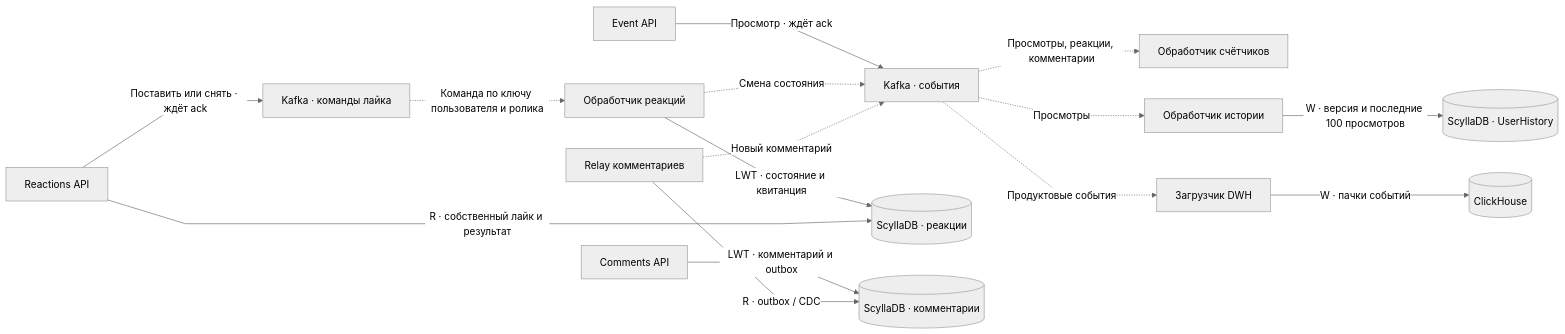
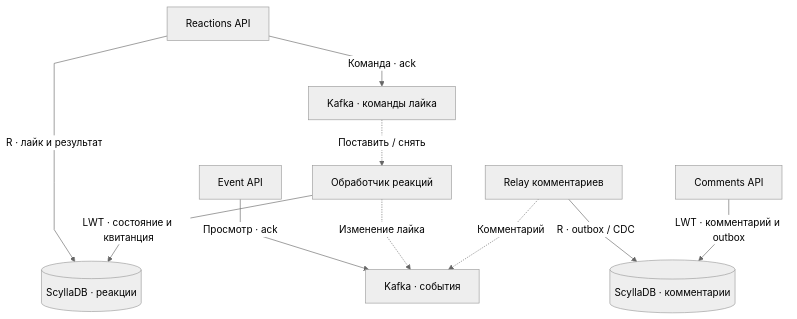
One commit to pavel-ladygin/highload_tp changed diagram 14 of 15 in README.md. Above: the diagram before and after it, drawn with Mermaid (neutral theme). The commit also changed other lines of this file, not shown here.

````diff
--- a/README.md
+++ b/README.md
@@ -982,18 +983,13 @@
 ```mermaid
 %%{init: {"flowchart": {"curve": "linear"}}}%%
-flowchart LR
-    E["Event API"] -->|"Просмотр · ждёт ack"| K["Kafka · события"]
-    A["Reactions API"] -->|"Поставить или снять · ждёт ack"| Q["Kafka · команды лайка"]
-    Q -. "Команда по ключу пользователя и ролика" .-> W["Обработчик реакций"]
-    W -->|"LWT · состояние и квитанция"| R[("ScyllaDB · реакции")]
-    A -->|"R · собственный лайк и результат"| R
-    W -. "Смена состояния" .-> K
-    C["Comments API"] -->|"LWT · комментарий и outbox"| S[("ScyllaDB · комментарии")]
-    O["Relay комментариев"] -->|"R · outbox / CDC"| S
-    O -. "Новый комментарий" .-> K
-    K -. "Просмотры, реакции, комментарии" .-> F["Обработчик счётчиков"]
-    K -. "Просмотры" .-> P["Обработчик истории"]
-    P -->|"W · версия и последние 100 просмотров"| H[("ScyllaDB · UserHistory")]
-    K -. "Продуктовые события" .-> B["Загрузчик DWH"]
-    B -->|"W · пачки событий"| D[("ClickHouse")]
+flowchart TB
+    E["Event API"] -->|"Просмотр · ack"| K["Kafka · события"]
+    A["Reactions API"] -->|"Команда · ack"| Q["Kafka · команды лайка"]
+    Q -. "Поставить / снять" .-> W["Обработчик реакций"]
+    A -->|"R · лайк и результат"| R[("ScyllaDB · реакции")]
+    W -->|"LWT · состояние и квитанция"| R
+    W -. "Изменение лайка" .-> K
+    O -. "Комментарий" .-> K
+    O["Relay комментариев"] -->|"R · outbox / CDC"| S[("ScyllaDB · комментарии")]
+    C["Comments API"] -->|"LWT · комментарий и outbox"| S
 ```
````
